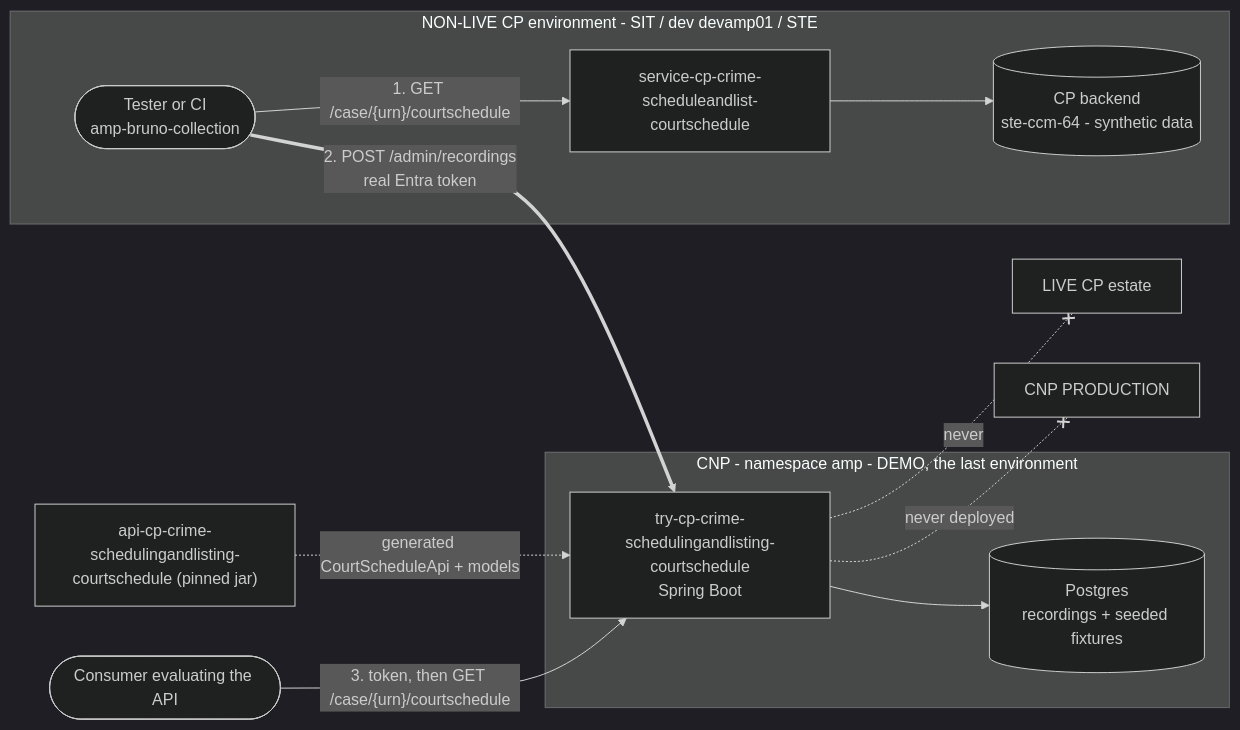
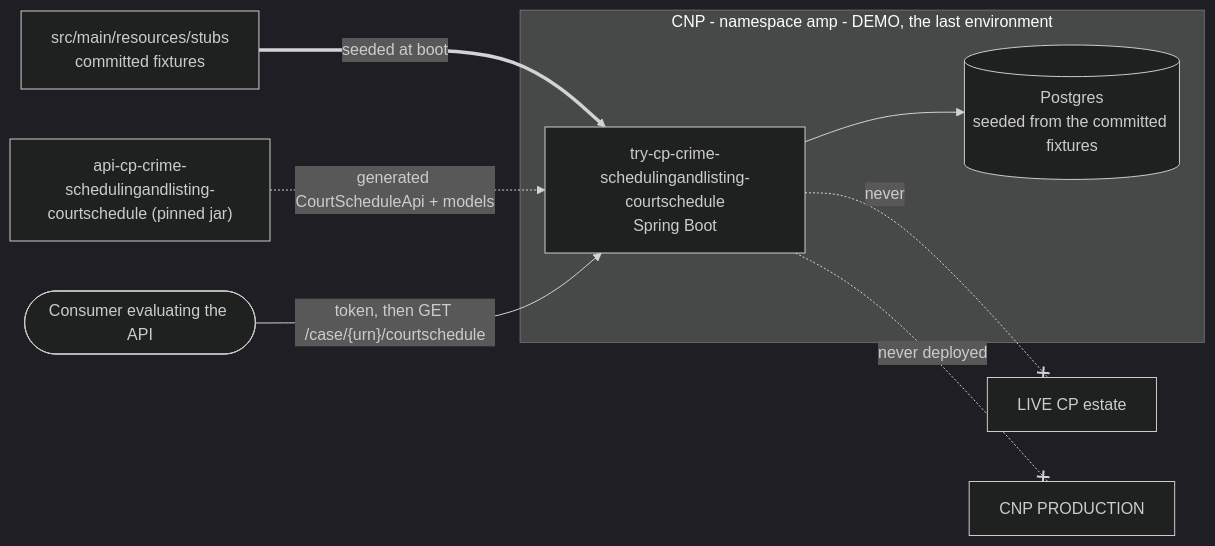
One commit to hmcts/try-cp-crime-schedulingandlisting-courtschedule changed the diagram in README.md. Above: the diagram before and after it, drawn with Mermaid (dark theme). The commit also changed other lines of this file and 25 other files, not shown here.

````diff
--- a/README.md
+++ b/README.md
@@ -31,29 +30,22 @@
 ```mermaid
 flowchart LR
   CONS(["Consumer evaluating the API"])
 
-  subgraph LOWER["NON-LIVE CP environment - SIT / dev devamp01 / STE"]
-    CAP(["Tester or CI<br/>amp-bruno-collection"])
-    SVC["service-cp-crime-scheduleandlist-<br/>courtschedule"]
-    CPB[("CP backend<br/>ste-ccm-64 - synthetic data")]
-    CAP -- "1. GET /case/{urn}/courtschedule" --> SVC
-    SVC --> CPB
-  end
-
   subgraph CNP["CNP - namespace amp - DEMO, the last environment"]
     TIN["try-cp-crime-<br/>schedulingandlisting-courtschedule<br/>Spring Boot"]
-    STUB[("Postgres<br/>recordings + seeded fixtures")]
+    STUB[("Postgres<br/>seeded from the committed fixtures")]
     TIN --> STUB
   end
 
+  FIX["src/main/resources/stubs<br/>committed fixtures"]
   CONTRACT["api-cp-crime-schedulingandlisting-<br/>courtschedule (pinned jar)"]
 
+  FIX == "seeded at boot" ==> TIN
   CONTRACT -. "generated CourtScheduleApi + models" .-> TIN
-  CAP == "2. POST /admin/recordings<br/>real Entra token" ==> TIN
-  CONS -- "3. token, then GET /case/{urn}/courtschedule" --> TIN
+  CONS -- "token, then GET /case/{urn}/courtschedule" --> TIN
 
   LIVE["LIVE CP estate"]
   PRODX["CNP PRODUCTION"]
   TIN -. "never" .-x LIVE
   TIN -. "never deployed" .-x PRODX
 ```
````
